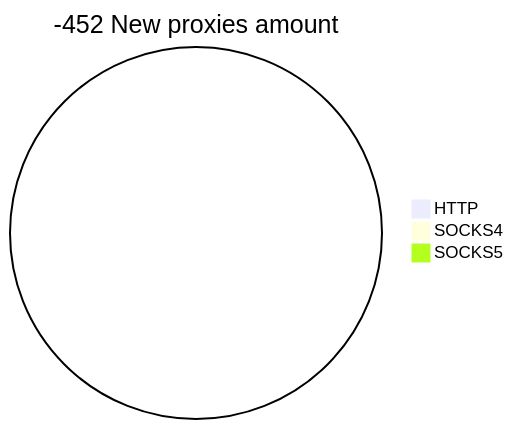
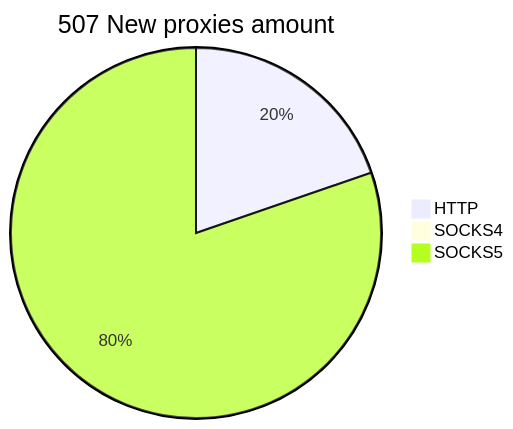
Before and after one commit to cutipu/proxylist: the second of 2 diagrams in README.md, drawn with Mermaid. The commit also changed other lines of this file, not shown here.

````diff
--- a/README.md
+++ b/README.md
@@ -10,6 +10,6 @@
 ```mermaid
-pie title -452 New proxies amount
-    "HTTP" : 0
+pie title 507 New proxies amount
+    "HTTP" : 100
     "SOCKS4" : 0
-    "SOCKS5" : 0
+    "SOCKS5" : 407
 ```
````
